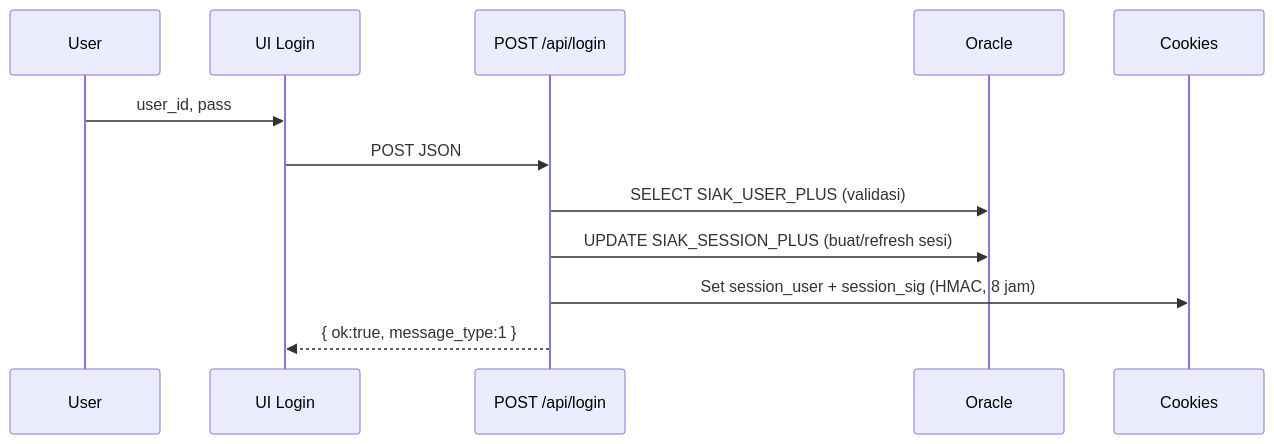
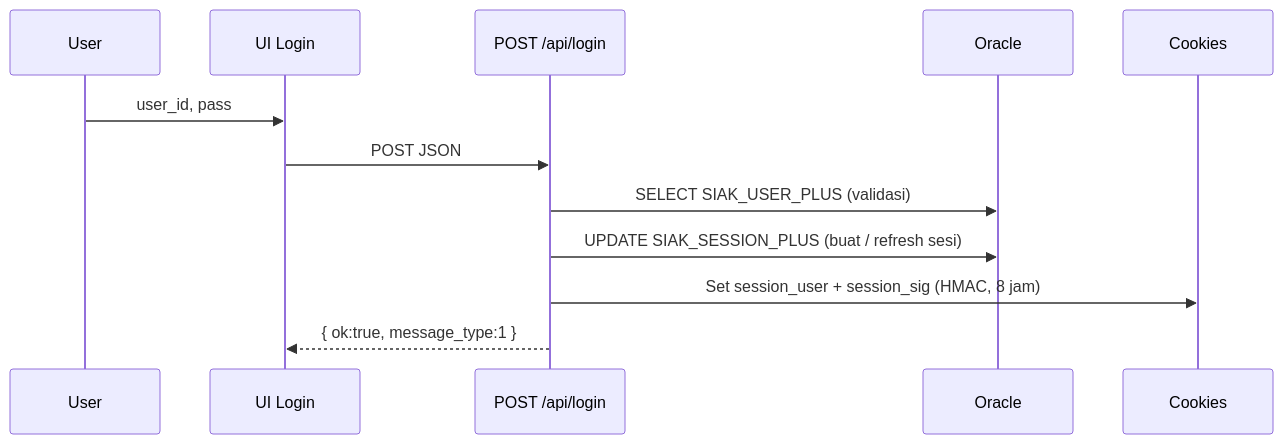
One commit to dianyanzen/Monitoring-Next changed the third of 4 diagrams in README.md. Above: the diagram before and after it, drawn with Mermaid. The commit also changed other lines of this file and 1 other file, not shown here.

````diff
--- a/README.md
+++ b/README.md
@@ -210,15 +206,15 @@
 ```mermaid
 sequenceDiagram
   participant U as User
   participant UI as UI Login
   participant API as POST /api/login
   participant DB as Oracle
   participant CK as Cookies
 
-  U->>UI: user_id, pass
-  UI->>API: POST JSON
-  API->>DB: SELECT SIAK_USER_PLUS (validasi)
-  API->>DB: UPDATE SIAK_SESSION_PLUS (buat/refresh sesi)
-  API->>CK: Set session_user + session_sig (HMAC, 8 jam)
+  U->>UI: user_id, pass  
+  UI->>API: POST JSON  
+  API->>DB: SELECT SIAK_USER_PLUS (validasi)  
+  API->>DB: UPDATE SIAK_SESSION_PLUS (buat / refresh sesi)  
+  API->>CK: Set session_user + session_sig (HMAC, 8 jam)  
   API-->>UI: { ok:true, message_type:1 }
 ```
````
